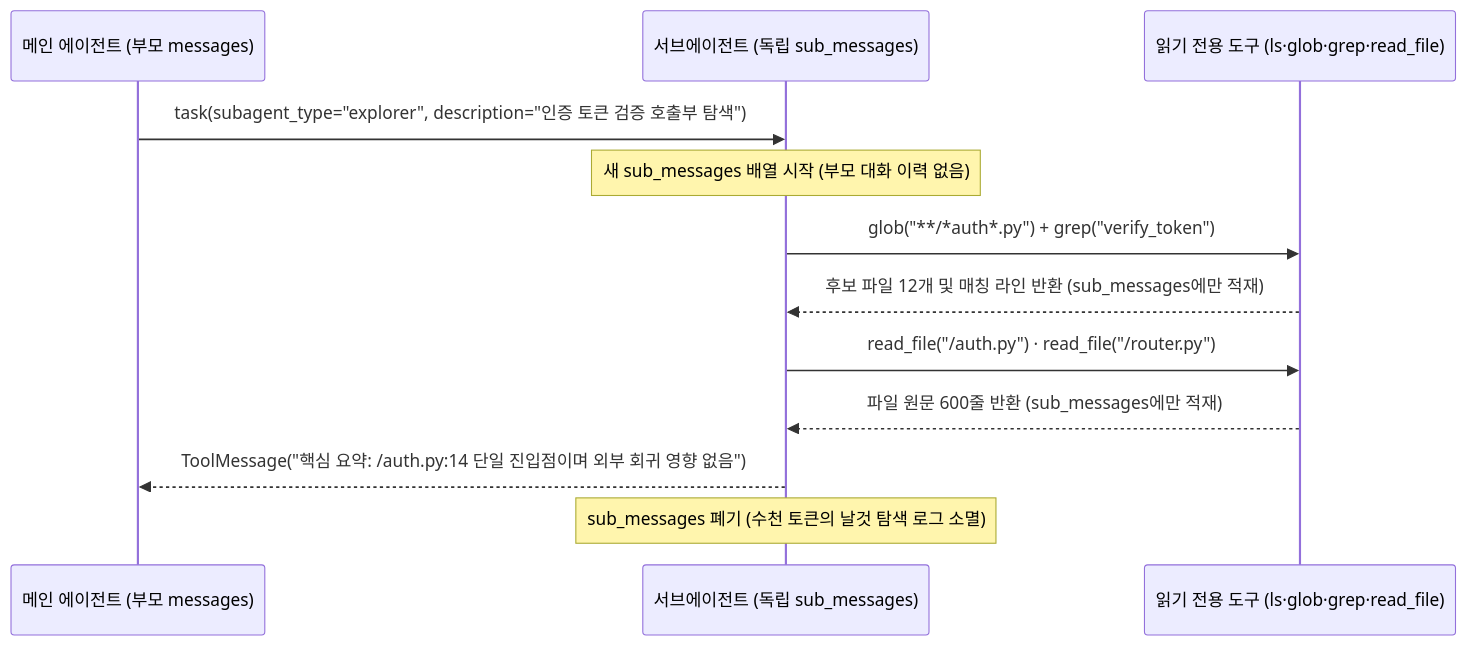
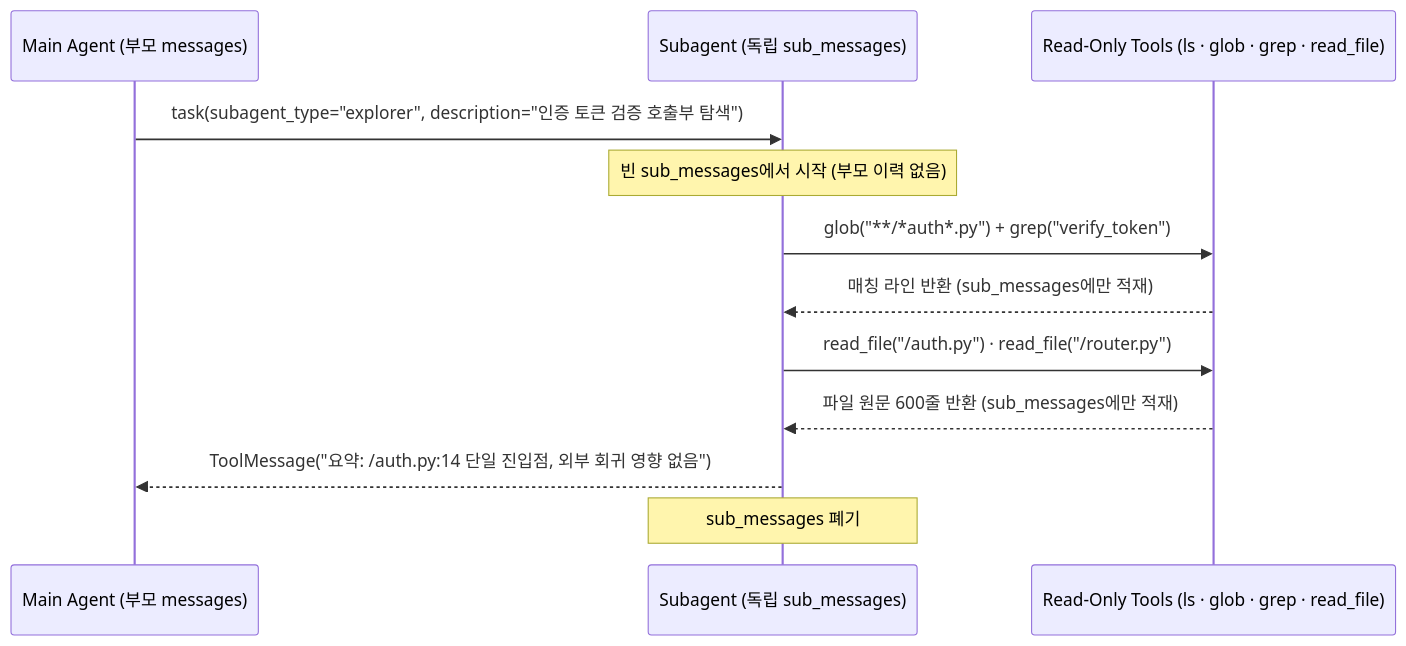
One commit to Abyssey/anvil changed the eighth of 12 diagrams in docs/coding-agent-study.md. Above: the diagram before and after it, drawn with Mermaid. The commit also changed other lines of this file and 3 other files, not shown here.

````diff
--- a/docs/coding-agent-study.md
+++ b/docs/coding-agent-study.md
@@ -391,15 +396,15 @@
 ```mermaid
 sequenceDiagram
-  participant MAIN as 메인 에이전트 (부모 messages)
-  participant SUB as 서브에이전트 (독립 sub_messages)
-  participant VFS as 읽기 전용 도구 (ls·glob·grep·read_file)
+  participant MAIN as Main Agent (부모 messages)
+  participant SUB as Subagent (독립 sub_messages)
+  participant VFS as Read-Only Tools (ls · glob · grep · read_file)
 
   MAIN->>SUB: task(subagent_type="explorer", description="인증 토큰 검증 호출부 탐색")
-  Note over SUB: 새 sub_messages 배열 시작 (부모 대화 이력 없음)
+  Note over SUB: 빈 sub_messages에서 시작 (부모 이력 없음)
   SUB->>VFS: glob("**/*auth*.py") + grep("verify_token")
-  VFS-->>SUB: 후보 파일 12개 및 매칭 라인 반환 (sub_messages에만 적재)
+  VFS-->>SUB: 매칭 라인 반환 (sub_messages에만 적재)
   SUB->>VFS: read_file("/auth.py") · read_file("/router.py")
   VFS-->>SUB: 파일 원문 600줄 반환 (sub_messages에만 적재)
-  SUB-->>MAIN: ToolMessage("핵심 요약: /auth.py:14 단일 진입점이며 외부 회귀 영향 없음")
-  Note over SUB: sub_messages 폐기 (수천 토큰의 날것 탐색 로그 소멸)
+  SUB-->>MAIN: ToolMessage("요약: /auth.py:14 단일 진입점, 외부 회귀 영향 없음")
+  Note over SUB: sub_messages 폐기
 ```
````
